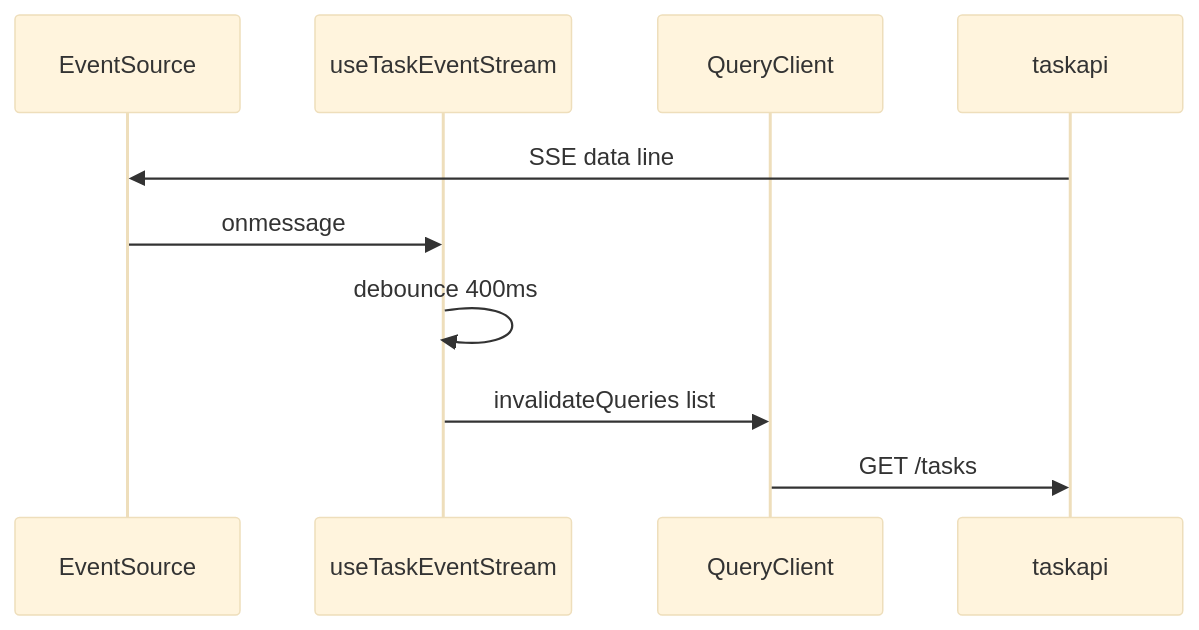
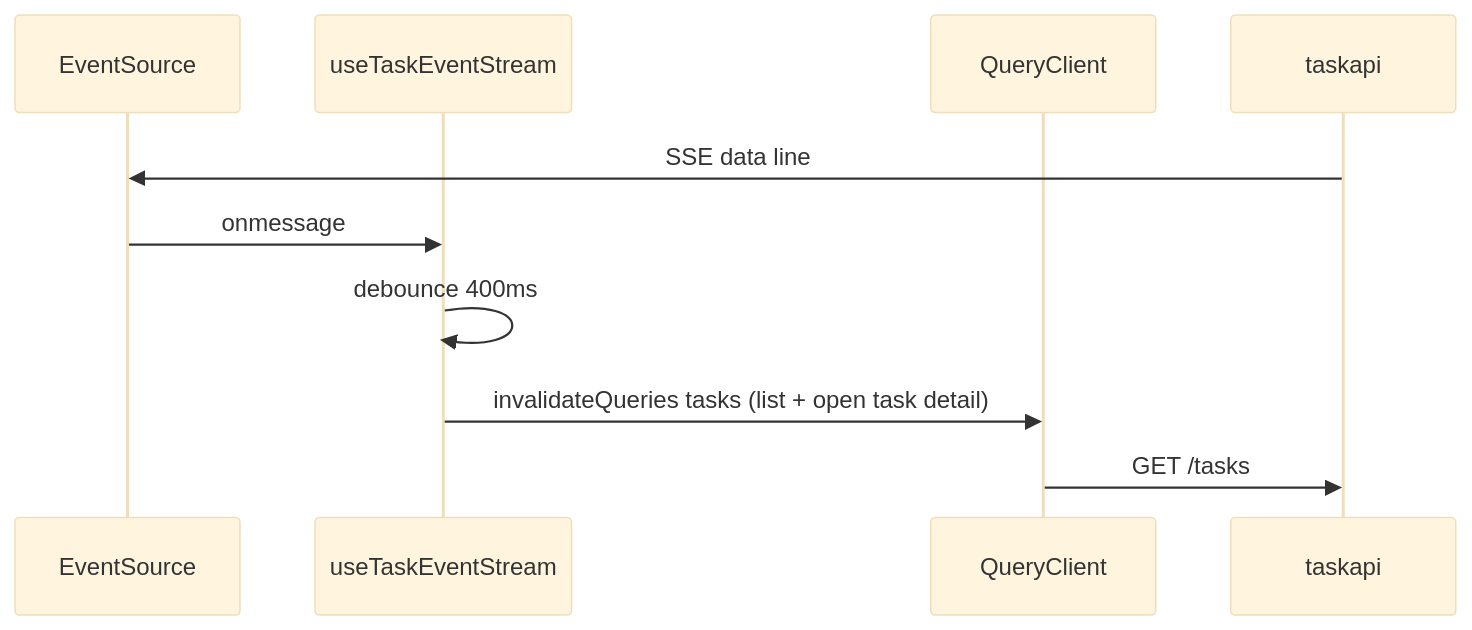
One commit to AlexsanderHamir/T2A changed the third of 3 diagrams in docs/WEB.md. Above: the diagram before and after it, drawn with Mermaid (base theme). The commit also changed other lines of this file and 19 other files, not shown here.

First line of the commit message:
feat(web): task detail route, audit timeline, and router tests

````diff
--- a/docs/WEB.md
+++ b/docs/WEB.md
@@ -66,13 +66,13 @@
 ```mermaid
 sequenceDiagram
   participant ES as EventSource
   participant Hook as useTaskEventStream
   participant QC as QueryClient
   participant H as taskapi
 
   H->>ES: SSE data line
   ES->>Hook: onmessage
   Hook->>Hook: debounce 400ms
-  Hook->>QC: invalidateQueries list
+  Hook->>QC: invalidateQueries tasks (list + open task detail)
   QC->>H: GET /tasks
 ```
````
